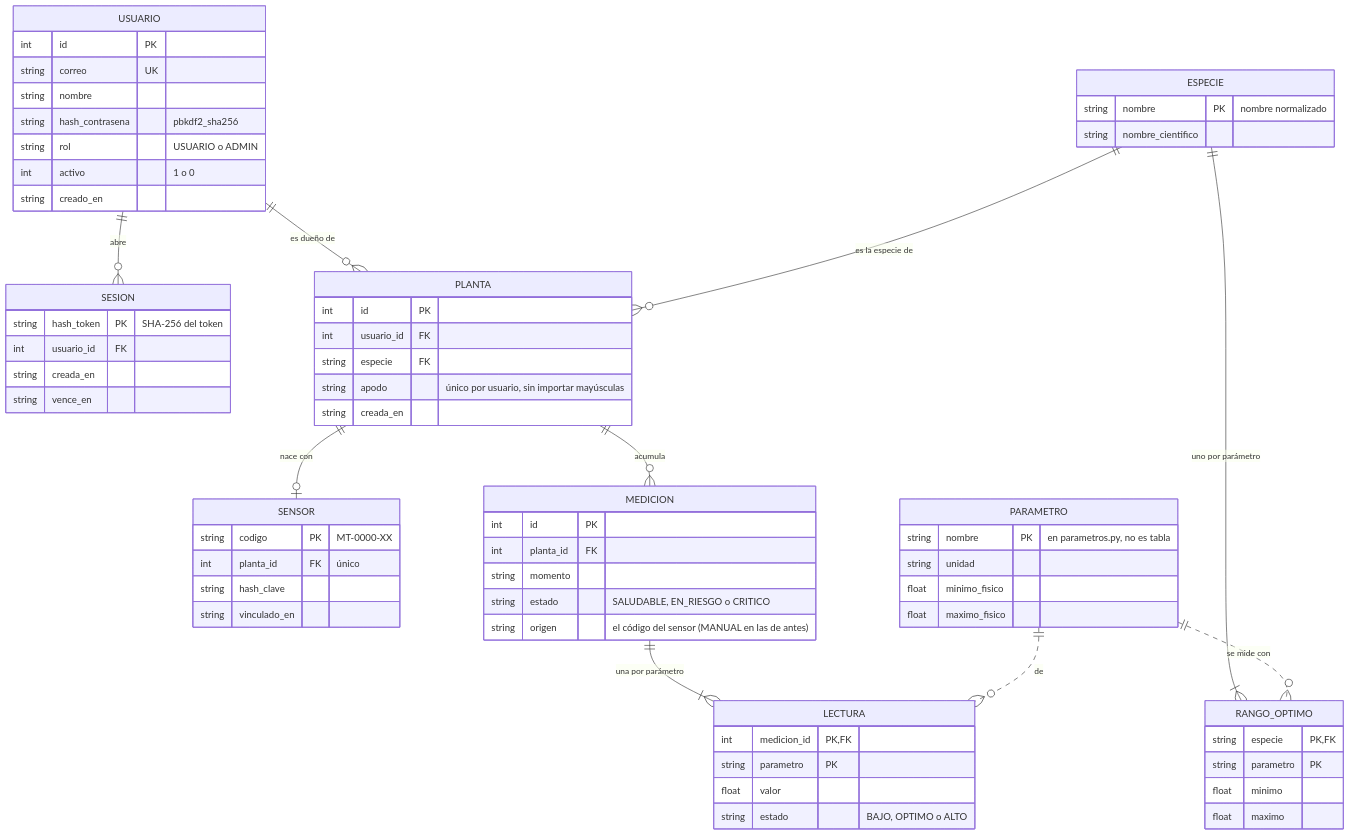
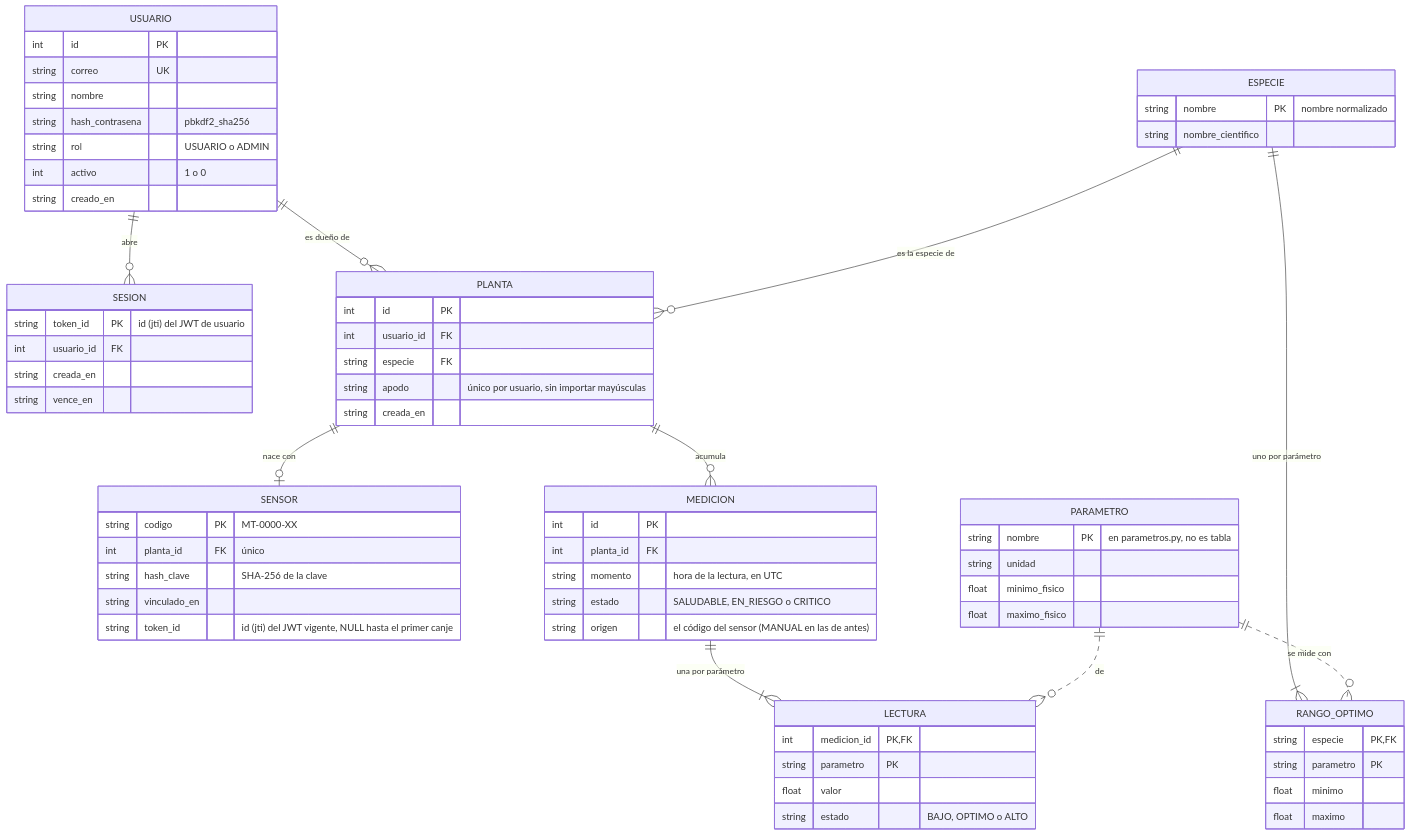
One commit to Pipelol0723/matera-inteligente changed the diagram in docs/diagramas/entidad-relacion-corte2.mmd. Above: the diagram before and after it, drawn with Mermaid. The commit also changed 37 other files, not shown here.

First line of the commit message:
Docs: README y diagramas con la arquitectura hexagonal de la fase 2

```diff
--- a/docs/diagramas/entidad-relacion-corte2.mmd
+++ b/docs/diagramas/entidad-relacion-corte2.mmd
@@ -1,69 +1,71 @@
-%% Modelo entidad-relación del corte 2 (implementado en backend/datos/esquema.sql): una sola base SQLite.
-%% Las líneas punteadas llegan a PARAMETRO, que sigue en el código y no es una tabla.
+%% Modelo entidad-relacion del corte 2 (implementado en backend/datos/esquema.sql): una sola base SQLite.
+%% Desde la fase 2 los tokens son JWT: SESION y SENSOR guardan el id del token (el reclamo jti), no el token ni su huella.
+%% Las lineas punteadas llegan a PARAMETRO, que sigue en el codigo y no es una tabla.
 erDiagram
     USUARIO ||--o{ SESION : "abre"
     USUARIO ||--o{ PLANTA : "es dueño de"
     ESPECIE ||--o{ PLANTA : "es la especie de"
     ESPECIE ||--|{ RANGO_OPTIMO : "uno por parámetro"
     PLANTA ||--o| SENSOR : "nace con"
     PLANTA ||--o{ MEDICION : "acumula"
     MEDICION ||--|{ LECTURA : "una por parámetro"
     PARAMETRO ||..o{ RANGO_OPTIMO : "se mide con"
     PARAMETRO ||..o{ LECTURA : "de"
     USUARIO {
         int id PK
         string correo UK
         string nombre
         string hash_contrasena "pbkdf2_sha256"
         string rol "USUARIO o ADMIN"
         int activo "1 o 0"
         string creado_en
     }
     ESPECIE {
         string nombre PK "nombre normalizado"
         string nombre_cientifico
     }
     RANGO_OPTIMO {
         string especie PK, FK
         string parametro PK
         float minimo
         float maximo
     }
     SESION {
-        string hash_token PK "SHA-256 del token"
+        string token_id PK "id (jti) del JWT de usuario"
         int usuario_id FK
         string creada_en
         string vence_en
     }
     PLANTA {
         int id PK
         int usuario_id FK
         string especie FK
         string apodo "único por usuario, sin importar mayúsculas"
         string creada_en
     }
     SENSOR {
         string codigo PK "MT-0000-XX"
         int planta_id FK "único"
-        string hash_clave
+        string hash_clave "SHA-256 de la clave"
         string vinculado_en
+        string token_id "id (jti) del JWT vigente, NULL hasta el primer canje"
     }
     MEDICION {
         int id PK
         int planta_id FK
-        string momento
+        string momento "hora de la lectura, en UTC"
         string estado "SALUDABLE, EN_RIESGO o CRITICO"
         string origen "el código del sensor (MANUAL en las de antes)"
     }
     LECTURA {
         int medicion_id PK, FK
         string parametro PK
         float valor
         string estado "BAJO, OPTIMO o ALTO"
     }
     PARAMETRO {
         string nombre PK "en parametros.py, no es tabla"
         string unidad
         float minimo_fisico
         float maximo_fisico
     }
```
